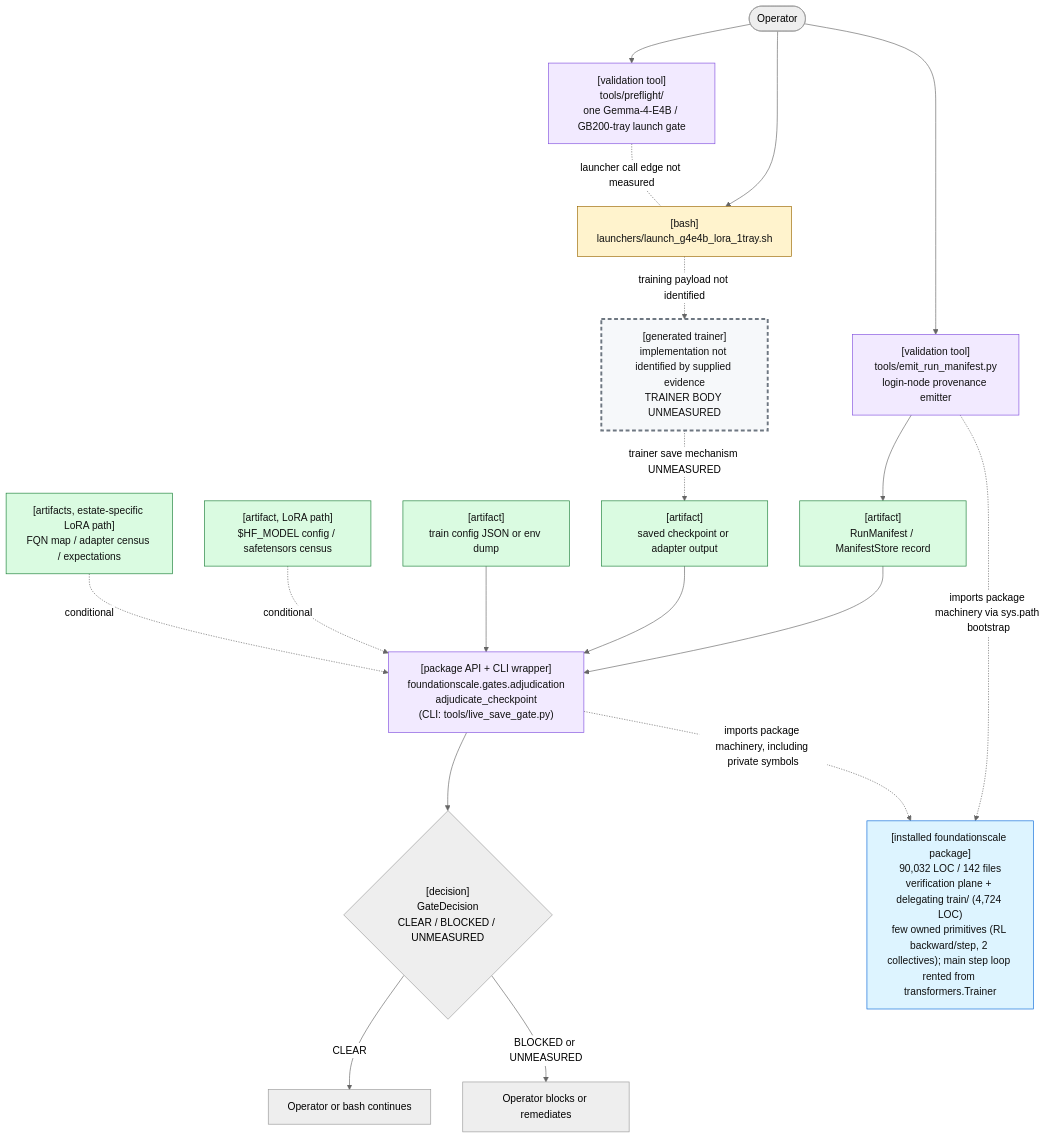
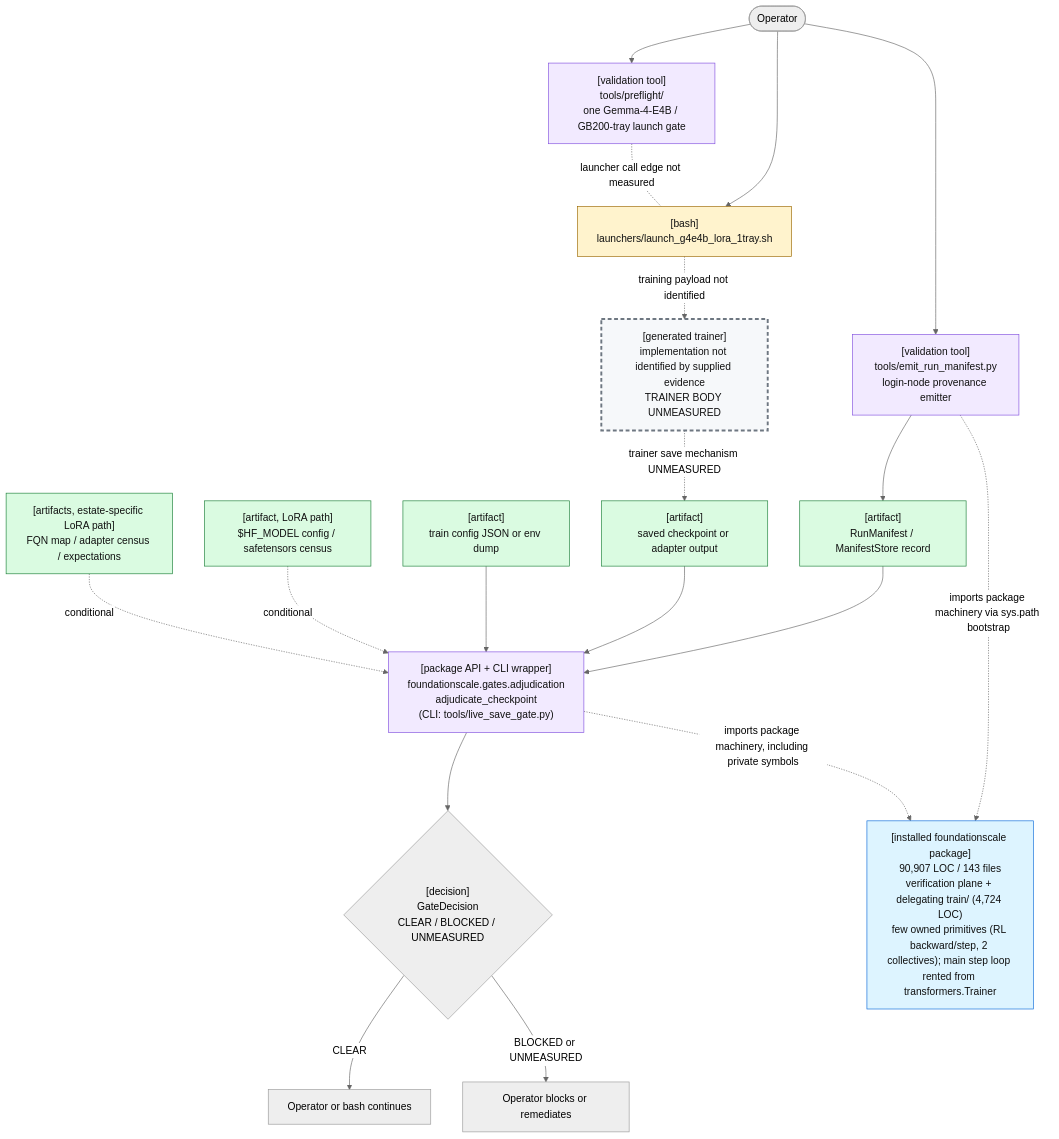
The first of 2 diagrams in docs/review/D2_current_architecture.md (TranNhiem/FoundationScale), drawn with Mermaid (neutral theme) before and after one commit. The commit also changed other lines of this file and 13 other files, not shown here.

````diff
--- a/docs/review/D2_current_architecture.md
+++ b/docs/review/D2_current_architecture.md
@@ -25,59 +25,59 @@
 ```mermaid
 flowchart TB
   O(["Operator"])
 
   PF["[validation tool]<br/>tools/preflight/<br/>one Gemma-4-E4B / GB200-tray launch gate"]
   L["[bash]<br/>launchers/launch_g4e4b_lora_1tray.sh"]
 
   E["[validation tool]<br/>tools/emit_run_manifest.py<br/>login-node provenance emitter"]
   M["[artifact]<br/>RunManifest / ManifestStore record"]
 
   T["[generated trainer]<br/>implementation not identified by supplied evidence<br/>TRAINER BODY UNMEASURED"]
   C["[artifact]<br/>saved checkpoint or adapter output"]
 
   G["[package API + CLI wrapper]<br/>foundationscale.gates.adjudication<br/>adjudicate_checkpoint<br/>(CLI: tools/live_save_gate.py)"]
   CFG["[artifact]<br/>train config JSON or env dump"]
   BASE["[artifact, LoRA path]<br/>$HF_MODEL config / safetensors census"]
   CEN["[artifacts, estate-specific LoRA path]<br/>FQN map / adapter census / expectations"]
 
   D{"[decision]<br/>GateDecision<br/>CLEAR / BLOCKED / UNMEASURED"}
   OK["Operator or bash continues"]
   NO["Operator blocks or remediates"]
 
-  PKG["[installed foundationscale package]<br/>90,032 LOC / 142 files<br/>verification plane + delegating train/ (4,724 LOC)<br/>few owned primitives (RL backward/step, 2 collectives); main step loop rented from transformers.Trainer"]
+  PKG["[installed foundationscale package]<br/>90,907 LOC / 143 files<br/>verification plane + delegating train/ (4,724 LOC)<br/>few owned primitives (RL backward/step, 2 collectives); main step loop rented from transformers.Trainer"]
 
   O --> PF
   O --> L
   PF -. "launcher call edge not measured" .- L
 
   O --> E
   E --> M
 
   L -. "training payload not identified" .-> T
   T -. "trainer save mechanism UNMEASURED" .-> C
 
   M --> G
   C --> G
   CFG --> G
   BASE -. "conditional" .-> G
   CEN -. "conditional" .-> G
 
   E -. "imports package machinery via sys.path bootstrap" .-> PKG
   G -. "imports package machinery, including private symbols" .-> PKG
 
   G --> D
   D -->|"CLEAR"| OK
   D -->|"BLOCKED or UNMEASURED"| NO
 
   classDef bash fill:#fff3cd,stroke:#9a6700,color:#111;
   classDef tool fill:#f2eaff,stroke:#8250df,color:#111;
   classDef artifact fill:#dafbe1,stroke:#1a7f37,color:#111;
   classDef gap fill:#f6f8fa,stroke:#6e7781,stroke-width:3px,stroke-dasharray: 6 4,color:#111;
   classDef pkg fill:#ddf4ff,stroke:#0969da,color:#111;
 
   class L bash;
   class PF,E,G tool;
   class M,C,CFG,BASE,CEN artifact;
   class T gap;
   class PKG pkg;
 ```
````
